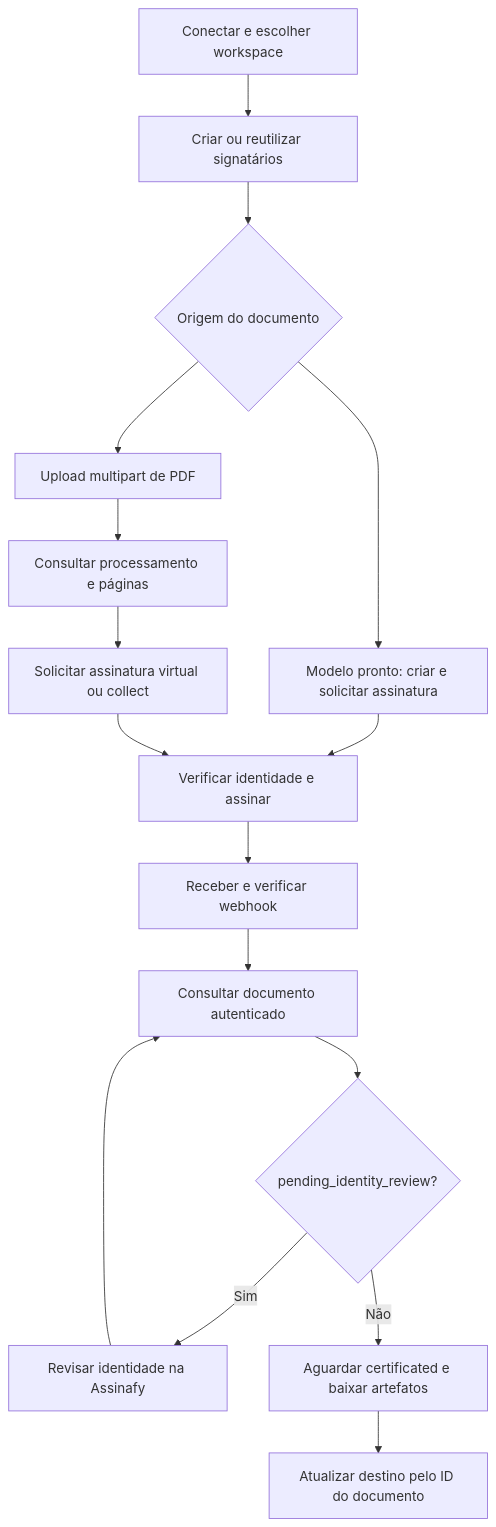
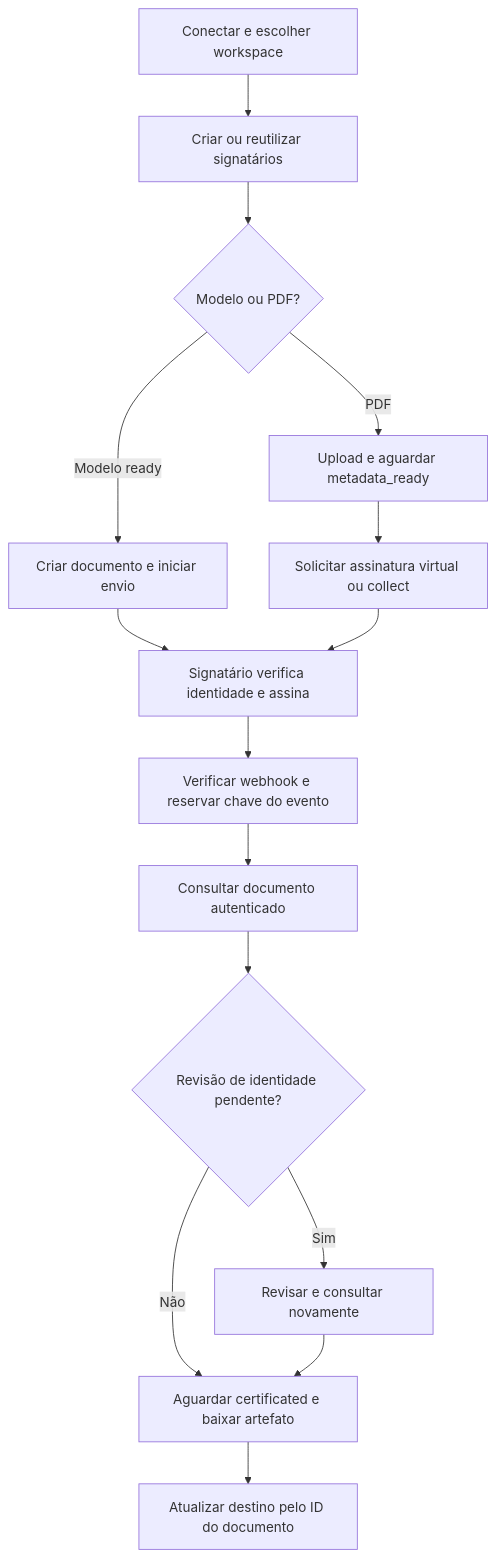
Before and after one commit to assinafy/pluga-webhooks: the diagram in README.md, drawn with Mermaid. The commit also changed other lines of this file and 13 other files, not shown here.

````diff
--- a/README.md
+++ b/README.md
@@ -40,18 +40,17 @@
 ```mermaid
 flowchart TD
   A[Conectar e escolher workspace] --> B[Criar ou reutilizar signatários]
-  B --> C{Origem do documento}
-  C --> D[Modelo pronto: criar e solicitar assinatura]
-  C --> E[Upload multipart de PDF]
-  E --> F[Consultar processamento e páginas]
-  F --> G[Solicitar assinatura virtual ou collect]
-  D --> H[Verificar identidade e assinar]
-  G --> H
-  H --> I[Receber e verificar webhook]
-  I --> J[Consultar documento autenticado]
-  J --> R{pending_identity_review?}
-  R -->|Sim| S[Revisar identidade na Assinafy]
-  S --> J
-  R -->|Não| K[Aguardar certificated e baixar artefatos]
-  K --> L[Atualizar destino pelo ID do documento]
+  B --> C{Modelo ou PDF?}
+  C -->|Modelo ready| D[Criar documento e iniciar envio]
+  C -->|PDF| E[Upload e aguardar metadata_ready]
+  E --> F[Solicitar assinatura virtual ou collect]
+  D --> G[Signatário verifica identidade e assina]
+  F --> G
+  G --> H[Verificar webhook e reservar chave do evento]
+  H --> I[Consultar documento autenticado]
+  I --> J{Revisão de identidade pendente?}
+  J -->|Sim| K[Revisar e consultar novamente]
+  J -->|Não| L[Aguardar certificated e baixar artefato]
+  K --> L
+  L --> M[Atualizar destino pelo ID do documento]
 ```
````
